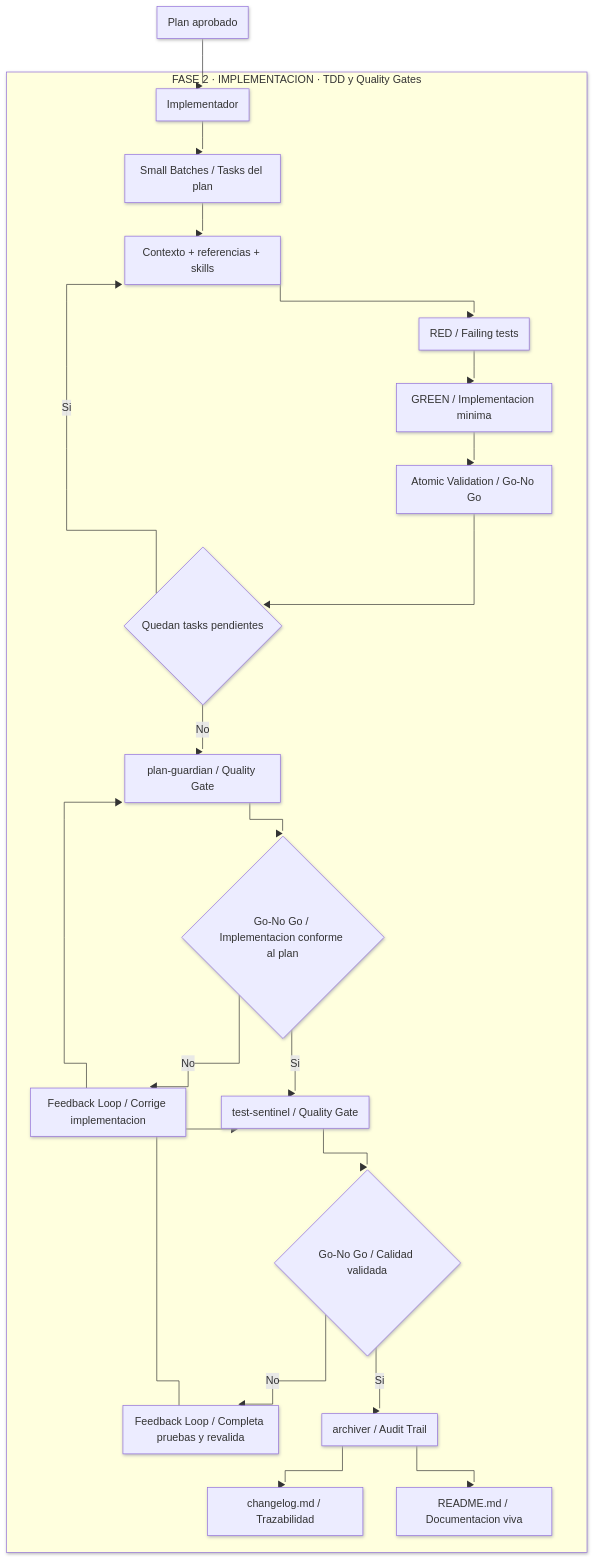
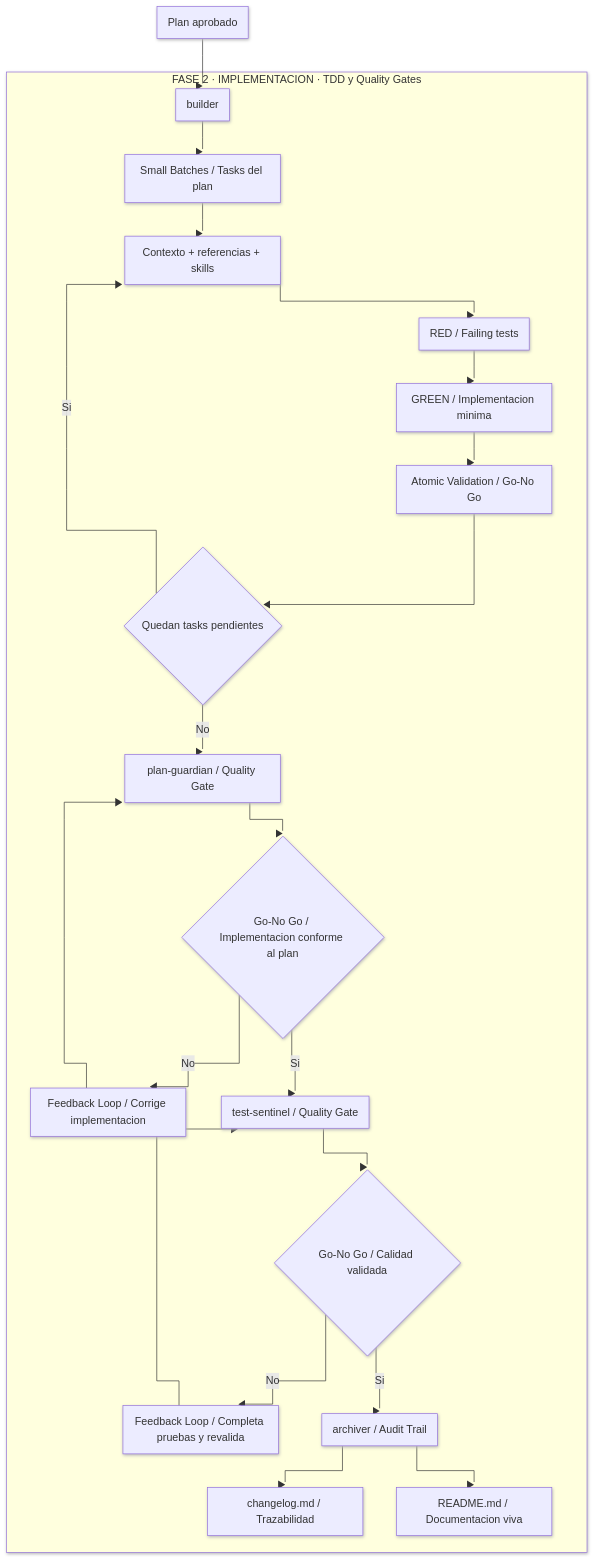
Before and after one commit to jmgomezdev/ghcopilot-hub: the second of 2 diagrams in docs/es/agent-system.md, drawn with Mermaid. The commit also changed other lines of this file and 13 other files, not shown here.

Commit message:
chore: :memo: Added new agents for architecture, planning, and documentation, and updated existing agents for consistency and clarity.

````diff
--- a/docs/es/agent-system.md
+++ b/docs/es/agent-system.md
@@ -161,29 +161,29 @@
 ```mermaid
 %%{init: {'theme': 'default', 'look': 'neo', 'flowchart': {'curve': 'stepBefore'}} }%%
 flowchart TD
-    plan[Plan aprobado] --> imp[Implementador]
+    plan[Plan aprobado] --> builder[builder]
 
     subgraph fase_impl[FASE 2 · IMPLEMENTACION · TDD y Quality Gates]
-        imp --> tasks[Small Batches / Tasks del plan]
+        builder --> tasks[Small Batches / Tasks del plan]
         tasks --> task_ctx[Contexto + referencias + skills]
         task_ctx --> task_red[RED / Failing tests]
         task_red --> task_green[GREEN / Implementacion minima]
         task_green --> task_atomic[Atomic Validation / Go-No Go]
         task_atomic --> more_tasks{Quedan tasks pendientes}
         more_tasks -- Si --> task_ctx
         more_tasks -- No --> pg[plan-guardian / Quality Gate]
 
         pg --> pg_ok{Go-No Go / Implementacion conforme al plan}
         pg_ok -- No --> fix_code[Feedback Loop / Corrige implementacion]
         fix_code --> pg
 
         pg_ok -- Si --> ts[test-sentinel / Quality Gate]
         ts --> ts_ok{Go-No Go / Calidad validada}
         ts_ok -- No --> fix_tests[Feedback Loop / Completa pruebas y revalida]
         fix_tests --> ts
 
         ts_ok -- Si --> arch[archiver / Audit Trail]
         arch --> log[changelog.md / Trazabilidad]
         arch --> readme[README.md / Documentacion viva]
     end
 ```
````
